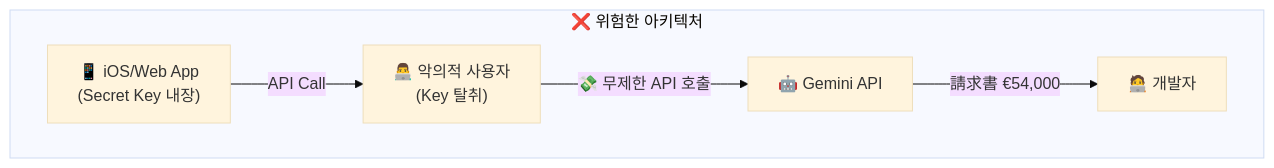
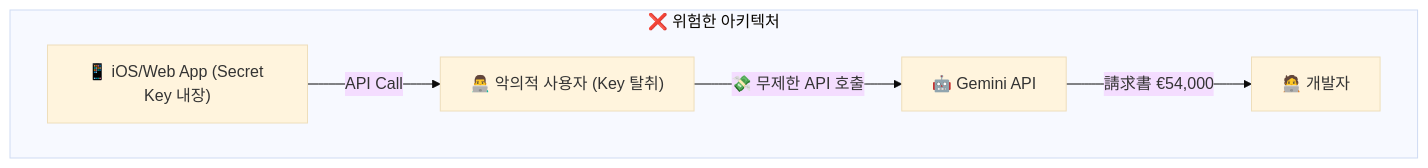
The first of 3 diagrams in content/backend-ai/ai-api-cost-prevention-serverless-security-pattern.mdx (Mino777/ai-study), drawn with Mermaid (base theme) before and after one commit. The commit also changed other lines of this file, not shown here.

First line of the commit message:
fix: Mermaid 렌더링 에러 수정 — rhombus 라벨 <br/> 제거

````diff
--- a/content/backend-ai/ai-api-cost-prevention-serverless-security-pattern.mdx
+++ b/content/backend-ai/ai-api-cost-prevention-serverless-security-pattern.mdx
@@ -54,8 +54,8 @@
 ```mermaid
 graph TD
     subgraph Bad_Practice ["❌ 위험한 아키텍처"]
-        Client_App["📱 iOS/Web App <br/> (Secret Key 내장)"] -- "API Call" --> Malicious_User["👨‍💻 악의적 사용자 <br/> (Key 탈취)"]
+        Client_App["📱 iOS/Web App (Secret Key 내장)"] -- "API Call" --> Malicious_User["👨‍💻 악의적 사용자 (Key 탈취)"]
         Malicious_User -- "💸 무제한 API 호출" --> AI_API["🤖 Gemini API"]
         AI_API -- "請求書 €54,000" --> Developer["🧑‍💻 개발자"]
     end
 ```
````
